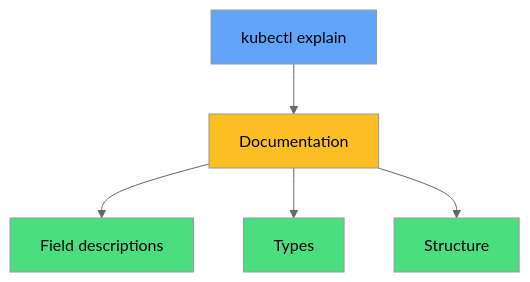
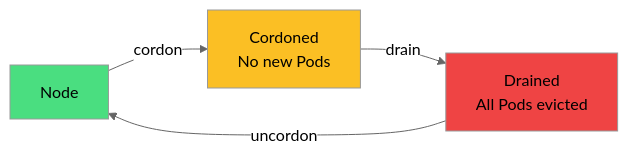
Before and after one commit to courselabs/kubernetes: the seventh of 8 diagrams in slides/nodes/slides.md, drawn with Mermaid (neutral theme). The commit also changed other lines of this file and 5 other files, not shown here.

````diff
--- a/slides/nodes/slides.md
+++ b/slides/nodes/slides.md
@@ -343,12 +386,9 @@
 ```mermaid
-graph TB
-    E[kubectl explain] --> D[Documentation]
-    D --> F[Field descriptions]
-    D --> T[Types]
-    D --> S[Structure]
-    style E fill:#60a5fa
-    style D fill:#fbbf24
-    style F fill:#4ade80
-    style T fill:#4ade80
-    style S fill:#4ade80
+graph LR
+    N[Node] -->|cordon| C[Cordoned<br/>No new Pods]
+    C -->|drain| D[Drained<br/>All Pods evicted]
+    D -->|uncordon| N
+    style N fill:#4ade80
+    style C fill:#fbbf24
+    style D fill:#ef4444
 ```
````
